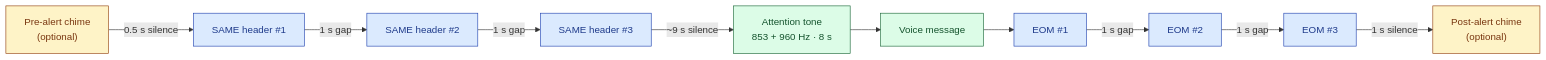
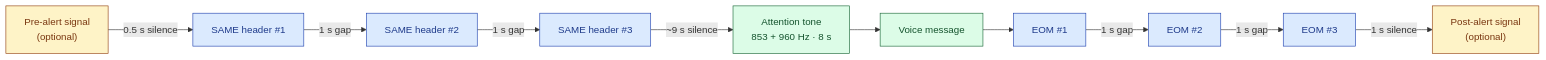
One commit to KR8MER/eas-station changed the third of 4 diagrams in docs/reference/protocols/SAME.md. Above: the diagram before and after it, drawn with Mermaid. The commit also changed other lines of this file and 12 other files, not shown here.

First line of the commit message:
docs: rename ALERT_CHIMES.md → ALERT_SIGNALS.md; replace chime→signal in all user-facing text

````diff
--- a/docs/reference/protocols/SAME.md
+++ b/docs/reference/protocols/SAME.md
@@ -208,30 +208,30 @@
 ```mermaid
 flowchart LR
-    PRE["Pre-alert chime<br/>(optional)"]
+    PRE["Pre-alert signal<br/>(optional)"]
     S1["SAME header #1"]
     S2["SAME header #2"]
     S3["SAME header #3"]
     TONE["Attention tone<br/>853 + 960 Hz · 8 s"]
     VOICE["Voice message"]
     E1["EOM #1"]
     E2["EOM #2"]
     E3["EOM #3"]
-    POST["Post-alert chime<br/>(optional)"]
+    POST["Post-alert signal<br/>(optional)"]
 
     PRE -->|0.5 s silence| S1
     S1 -->|1 s gap| S2
     S2 -->|1 s gap| S3
     S3 -->|~9 s silence| TONE
     TONE --> VOICE
     VOICE --> E1
     E1 -->|1 s gap| E2
     E2 -->|1 s gap| E3
     E3 -->|1 s silence| POST
 
-    classDef chime fill:#fef3c7,stroke:#92400e,color:#78350f;
+    classDef signal fill:#fef3c7,stroke:#92400e,color:#78350f;
     classDef same fill:#dbeafe,stroke:#1e40af,color:#1e3a8a;
     classDef voice fill:#dcfce7,stroke:#166534,color:#14532d;
-    class PRE,POST chime;
+    class PRE,POST signal;
     class S1,S2,S3,E1,E2,E3 same;
     class TONE,VOICE voice;
 ```
````
